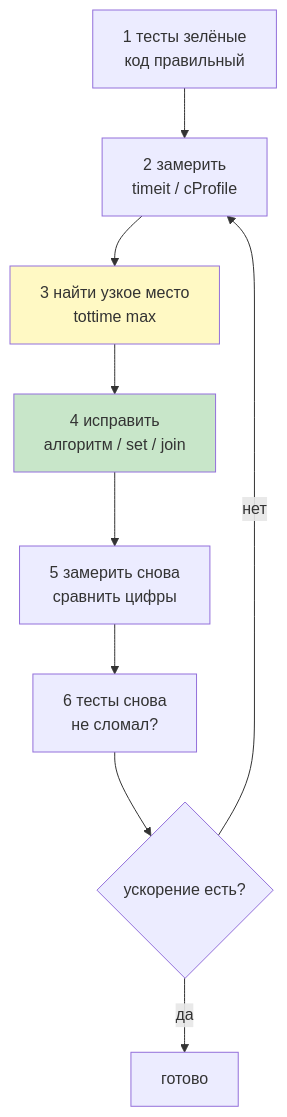
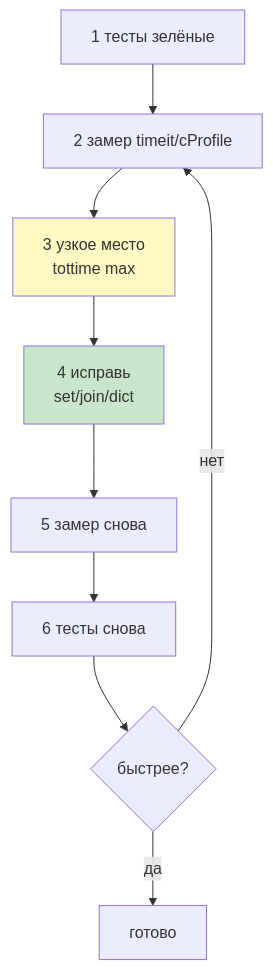
Before and after one commit to JayStorm228/College: the fourth of 4 diagrams in 02_Курсы/01. Инженерные практики Python/01_Лекции/10. Сложность и производительность.md, drawn with Mermaid. The commit also changed other lines of this file and 4 other files, not shown here.

````diff
--- a/02_Курсы/01. Инженерные практики Python/01_Лекции/10. Сложность и производительность.md
+++ b/02_Курсы/01. Инженерные практики Python/01_Лекции/10. Сложность и производительность.md
@@ -227,13 +202,13 @@
 ```mermaid
 flowchart TD
-  A[1 тесты зелёные<br>код правильный] --> B[2 замерить<br>timeit / cProfile]
-  B --> C[3 найти узкое место<br>tottime max]
-  C --> D[4 исправить<br>алгоритм / set / join]
-  D --> E[5 замерить снова<br>сравнить цифры]
-  E --> F[6 тесты снова<br>не сломал?]
-  F --> G{ускорение есть?}
+  A[1 тесты зелёные] --> B[2 замер timeit/cProfile]
+  B --> C[3 узкое место<br>tottime max]
+  C --> D[4 исправь<br>set/join/dict]
+  D --> E[5 замер снова]
+  E --> F[6 тесты снова]
+  F --> G{быстрее?}
   G -- нет --> B
   G -- да --> H[готово]
   style C fill:#fff9c4
   style D fill:#c8e6c9
 ```
````
